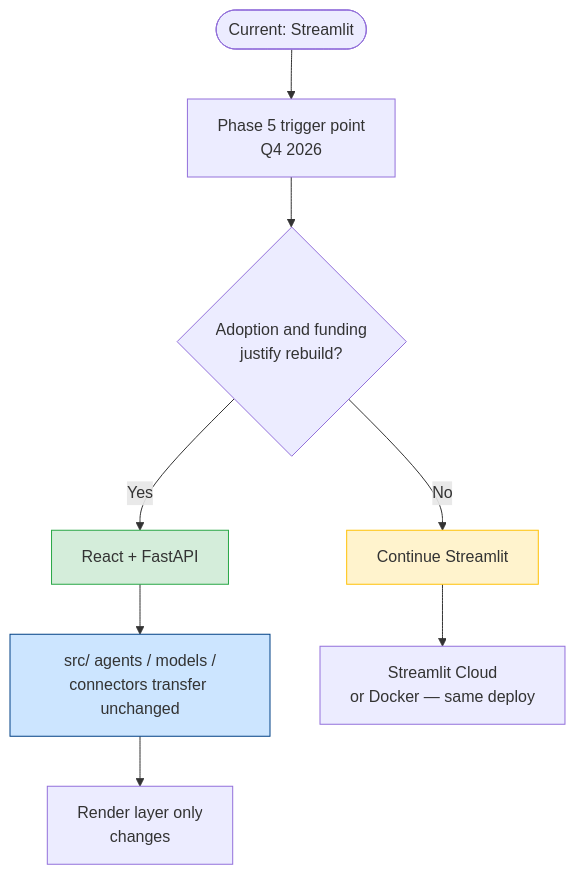
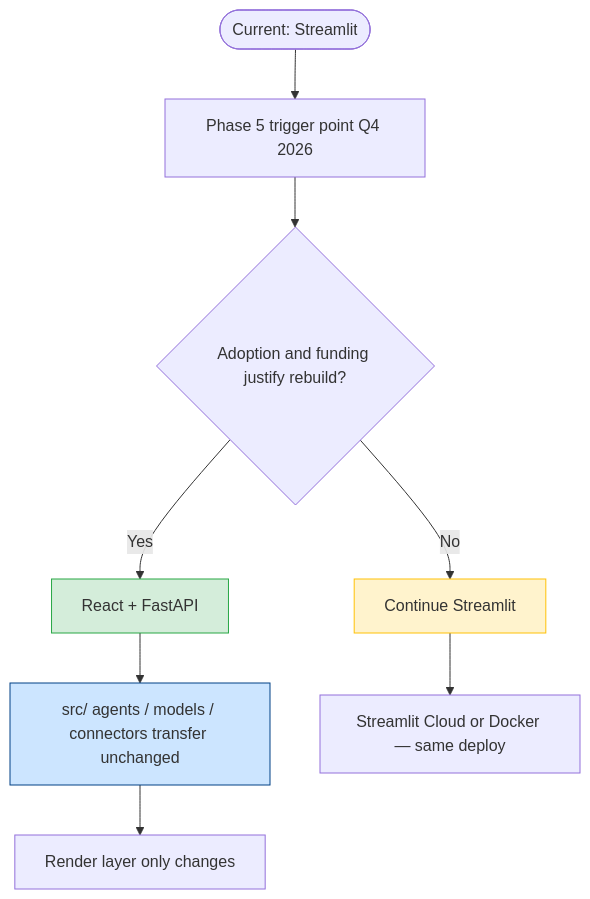
The fourth of 4 diagrams in ROADMAP.md (vm799/data-product-concierge), drawn with Mermaid before and after one commit. The commit also changed other lines of this file and 1 other file, not shown here.

````diff
--- a/ROADMAP.md
+++ b/ROADMAP.md
@@ -309,14 +299,14 @@
 ```mermaid
 flowchart TD
-    A([Current: Streamlit]) --> B[Phase 5 trigger point\nQ4 2026]
-    B --> C{Adoption and funding\njustify rebuild?}
+    A([Current: Streamlit]) --> B[Phase 5 trigger point Q4 2026]
+    B --> C{Adoption and funding justify rebuild?}
     C -->|Yes| D[React + FastAPI]
     C -->|No| E[Continue Streamlit]
-    D --> F[src/ agents / models /\nconnectors transfer unchanged]
-    F --> G[Render layer only\nchanges]
-    E --> H[Streamlit Cloud\nor Docker — same deploy]
+    D --> F[src/ agents / models / connectors transfer unchanged]
+    F --> G[Render layer only changes]
+    E --> H[Streamlit Cloud or Docker — same deploy]
 
     style D fill:#d4edda,stroke:#28a745
     style E fill:#fff3cd,stroke:#ffc107
     style F fill:#cce5ff,stroke:#004085
 ```
````
